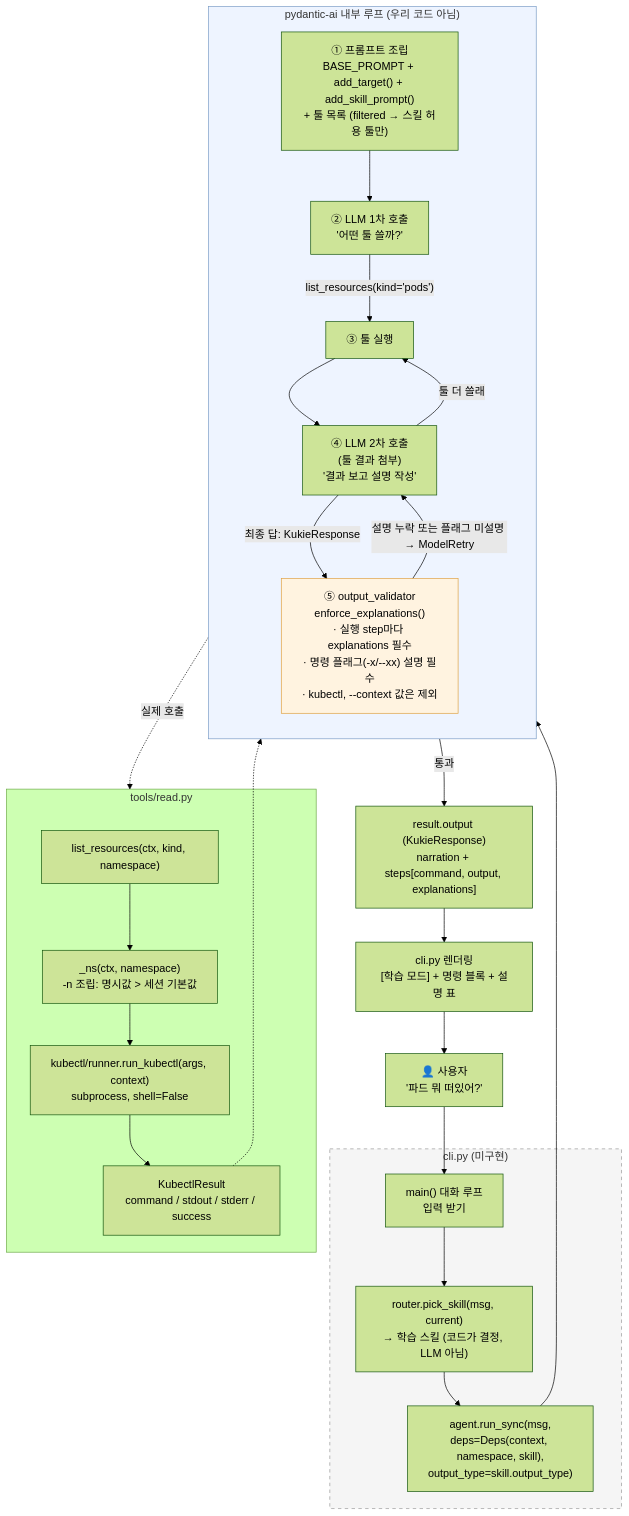
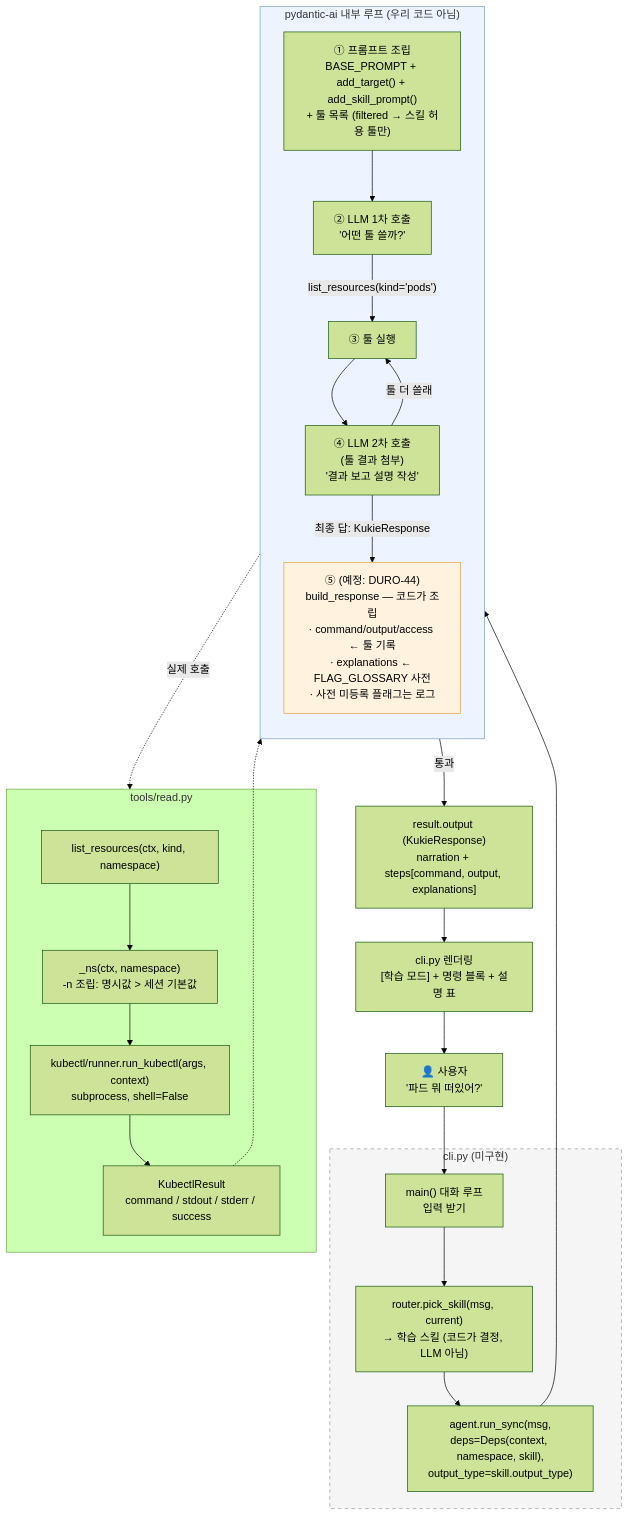
The first of 3 diagrams in docs/agent-flow.md (durokukie/agent), drawn with Mermaid (forest theme) before and after one commit. The commit also changed other lines of this file and 3 other files, not shown here.

First line of the commit message:
refactor: LLM 감시형 검증기 제거 — explanations는 코드가 채우는 방향으로 (DURO-44)

````diff
--- a/docs/agent-flow.md
+++ b/docs/agent-flow.md
@@ -8,41 +8,40 @@
 ```mermaid
 flowchart TD
     U["👤 사용자<br/>'파드 뭐 떠있어?'"] --> CLI
 
     subgraph CLI_["cli.py (미구현)"]
         CLI["main() 대화 루프<br/>입력 받기"]
         CLI --> R["router.pick_skill(msg, current)<br/>→ 학습 스킬 (코드가 결정, LLM 아님)"]
         R --> RUN["agent.run_sync(msg,<br/>deps=Deps(context, namespace, skill),<br/>output_type=skill.output_type)"]
     end
 
     RUN --> PA
 
     subgraph PA["pydantic-ai 내부 루프 (우리 코드 아님)"]
         direction TB
         P1["① 프롬프트 조립<br/>BASE_PROMPT + add_target() + add_skill_prompt()<br/>+ 툴 목록 (filtered → 스킬 허용 툴만)"]
         P1 --> L1["② LLM 1차 호출<br/>'어떤 툴 쓸까?'"]
         L1 -->|"list_resources(kind='pods')"| T
         T["③ 툴 실행"] --> L2["④ LLM 2차 호출<br/>(툴 결과 첨부)<br/>'결과 보고 설명 작성'"]
         L2 -->|"툴 더 쓸래"| T
-        L2 -->|"최종 답: KukieResponse"| V["⑤ output_validator<br/>enforce_explanations()<br/>· 실행 step마다 explanations 필수<br/>· 명령 플래그(-x/--xx) 설명 필수<br/>· kubectl, --context 값은 제외"]
-        V -->|"설명 누락 또는 플래그 미설명 → ModelRetry"| L2
+        L2 -->|"최종 답: KukieResponse"| V["⑤ (예정: DURO-44)<br/>build_response — 코드가 조립<br/>· command/output/access ← 툴 기록<br/>· explanations ← FLAG_GLOSSARY 사전<br/>· 사전 미등록 플래그는 로그"]
     end
 
     T -.->|"실제 호출"| RT
 
     subgraph RT["tools/read.py"]
         RT1["list_resources(ctx, kind, namespace)"]
         RT1 --> NS["_ns(ctx, namespace)<br/>-n 조립: 명시값 > 세션 기본값"]
         NS --> RK["kubectl/runner.run_kubectl(args, context)<br/>subprocess, shell=False"]
         RK --> KR["KubectlResult<br/>command / stdout / stderr / success"]
     end
 
     KR -.-> T
     V -->|"통과"| OUT["result.output (KukieResponse)<br/>narration + steps[command, output, explanations]"]
     OUT --> CLI2["cli.py 렌더링<br/>[학습 모드] + 명령 블록 + 설명 표"]
     CLI2 --> U
 
     style CLI_ fill:#f5f5f5,stroke:#999,stroke-dasharray: 5 5
     style PA fill:#eef4ff,stroke:#7a9cc6
     style V fill:#fff3e0,stroke:#e0a040
 ```
````
